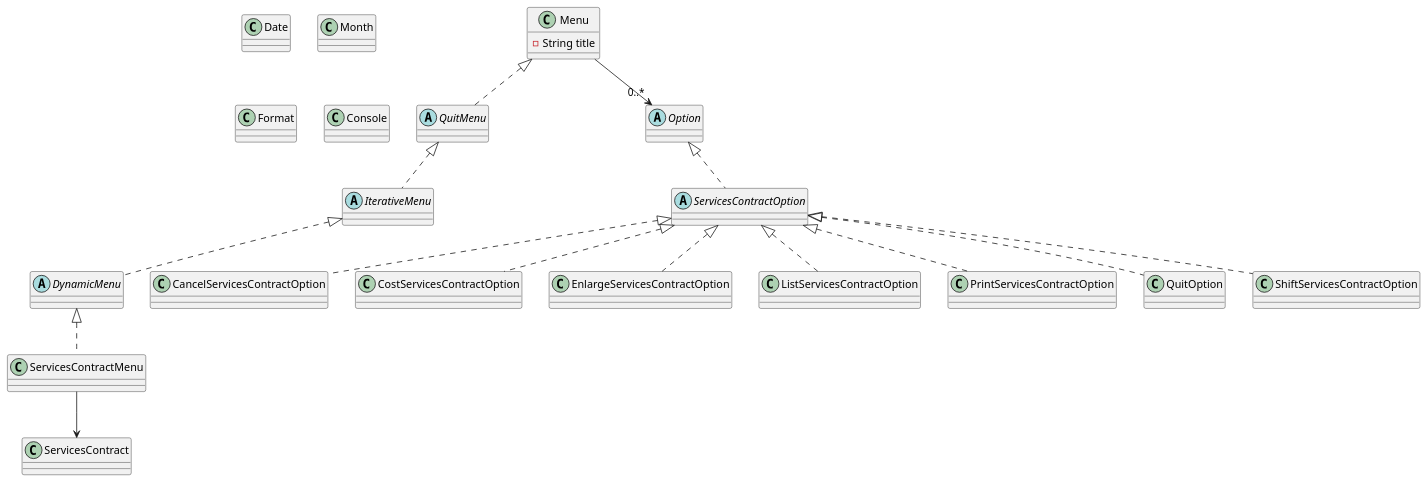
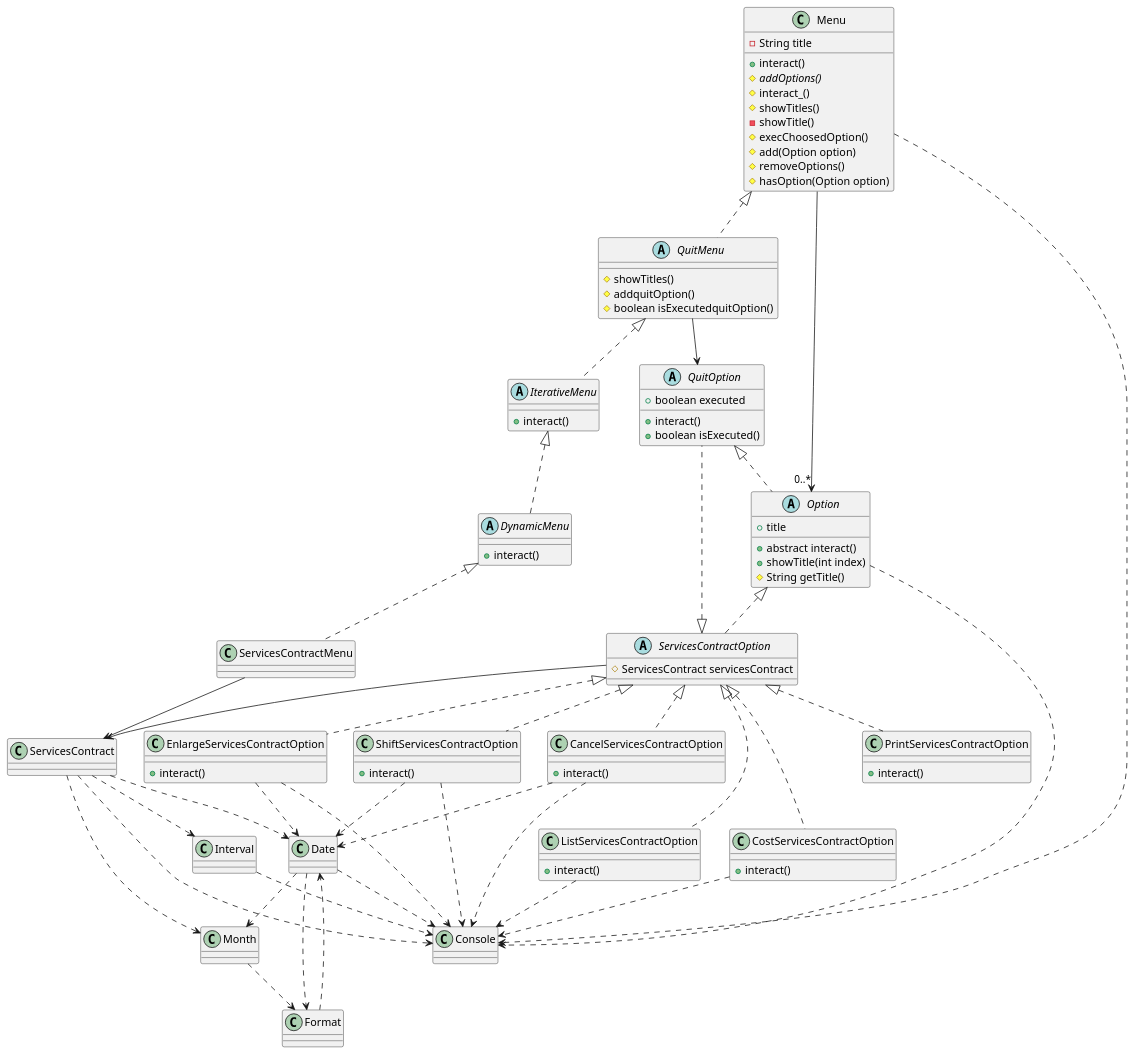
One commit to USantaTecla-ed-mpds/lab-lovalace changed the diagram in tech-java-basada-en-objetos-servicescontract_menu/ServicesContractMenu/src/es/pbover/master/UML/ModeloClases.puml. Above: the diagram before and after it, drawn with PlantUML. The commit also changed 1 other file, not shown here.

```diff
--- a/tech-java-basada-en-objetos-servicescontract_menu/ServicesContractMenu/src/es/pbover/master/UML/ModeloClases.puml
+++ b/tech-java-basada-en-objetos-servicescontract_menu/ServicesContractMenu/src/es/pbover/master/UML/ModeloClases.puml
@@ -1,47 +1,148 @@
 @startuml
 class ServicesContract
 abstract class Menu
 abstract class DynamicMenu
 abstract class IterativeMenu
 abstract class QuitMenu
 class ServicesContractMenu
 abstract class Option
 abstract class ServicesContractOption
 class CancelServicesContractOption
 class CostServicesContractOption
 class EnlargeServicesContractOption
 class ListServicesContractOption
 class PrintServicesContractOption
 class QuitOption
 class ShiftServicesContractOption
 class Date
 class Month
 class Format
 class Console
 
 Option <|.. ServicesContractOption
 
 ServicesContractOption <|.. CancelServicesContractOption
 ServicesContractOption <|.. CostServicesContractOption
 ServicesContractOption <|.. EnlargeServicesContractOption
 ServicesContractOption <|.. ListServicesContractOption
 ServicesContractOption <|.. PrintServicesContractOption 
 ServicesContractOption <|.. QuitOption 
 ServicesContractOption <|.. ShiftServicesContractOption 
 
 
 class Menu {
  - String title
+ +interact()
+ #{abstract} addOptions()
+ #interact_()
+ #showTitles()
+ -showTitle()
+ #execChoosedOption()
+ #add(Option option)
+ #removeOptions()
+ #hasOption(Option option)
 }
 
+abstract class QuitMenu {
+ #showTitles()
+ #addquitOption()
+ #boolean isExecutedquitOption()
+}
+
+abstract class IterativeMenu {
+ +interact()
+}
+
+abstract class DynamicMenu {
+ +interact()
+}
+
+abstract class Option {
+ +title
+ +abstract interact()
+ +showTitle(int index)
+ #String getTitle()
+}
+
+abstract class QuitOption {
+ +boolean executed
+ +interact()
+ +boolean isExecuted()
+}
+
+abstract class ServicesContractOption {
+ #ServicesContract servicesContract
+}
+
+class CancelServicesContractOption
+{
+  +interact()
+}
+
+class CostServicesContractOption
+{
+  +interact()
+}
+
+class EnlargeServicesContractOption
+{
+  +interact()
+}
+
+class ListServicesContractOption
+{
+  +interact()
+}
+class PrintServicesContractOption
+{
+  +interact()
+}
+class ShiftServicesContractOption
+{
+  +interact()
+}
+
+ QuitMenu --> QuitOption
 
 Menu <|.. QuitMenu
 QuitMenu <|.. IterativeMenu
 IterativeMenu <|.. DynamicMenu
 DynamicMenu <|.. ServicesContractMenu 
-
+QuitOption <|.. Option
 
 Menu -->"0..*" Option
 ServicesContractMenu --> ServicesContract
+ServicesContractOption --> ServicesContract
+
+
+ServicesContract ..> Console
+Menu ..> Console
+CancelServicesContractOption ..> Console
+CostServicesContractOption ..> Console
+EnlargeServicesContractOption ..> Console
+ListServicesContractOption ..> Console
+Option ..> Console
+ShiftServicesContractOption ..> Console
+Interval ..> Console
+Date ..> Console
+
+ServicesContract ..> Interval
+
+Date ..> Month
+ServicesContract ..> Month
+
+ServicesContract ..> Date
+CancelServicesContractOption ..> Date
+EnlargeServicesContractOption ..> Date
+ShiftServicesContractOption ..> Date
+Format ..> Date
+
+Date ..> Format
+Month ..> Format
+
+
+
+
+
 
 @enduml
```
